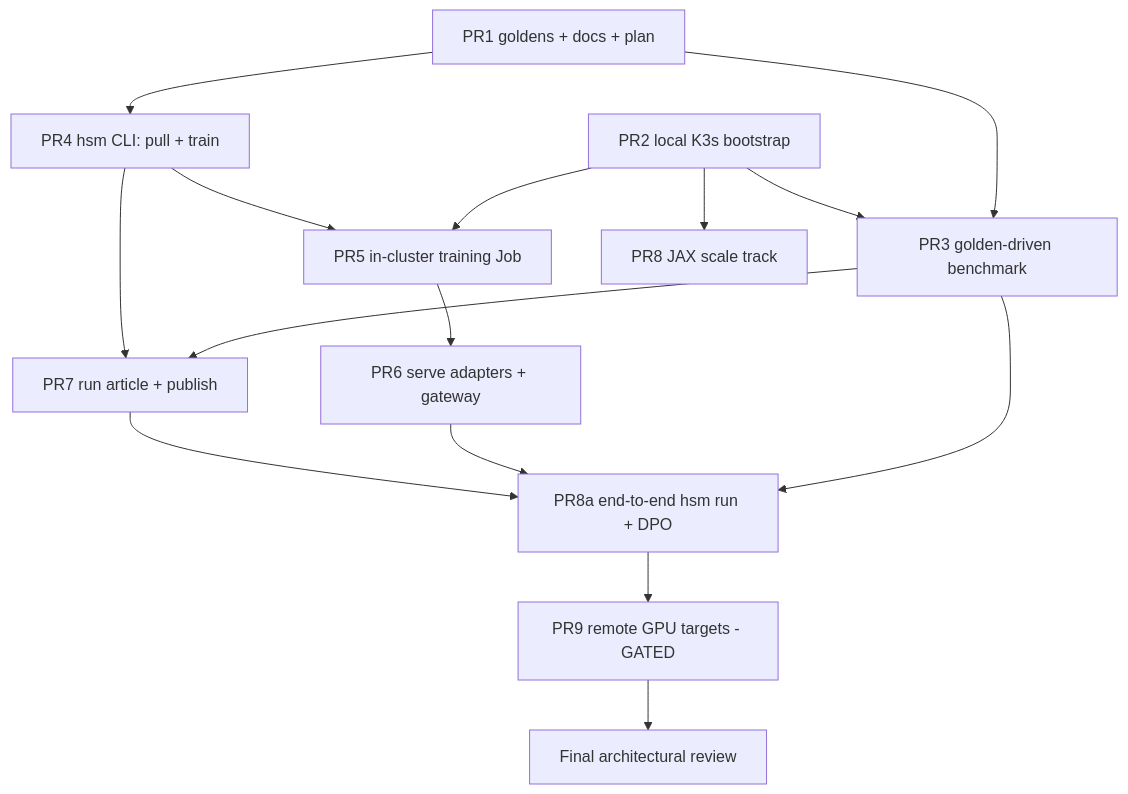
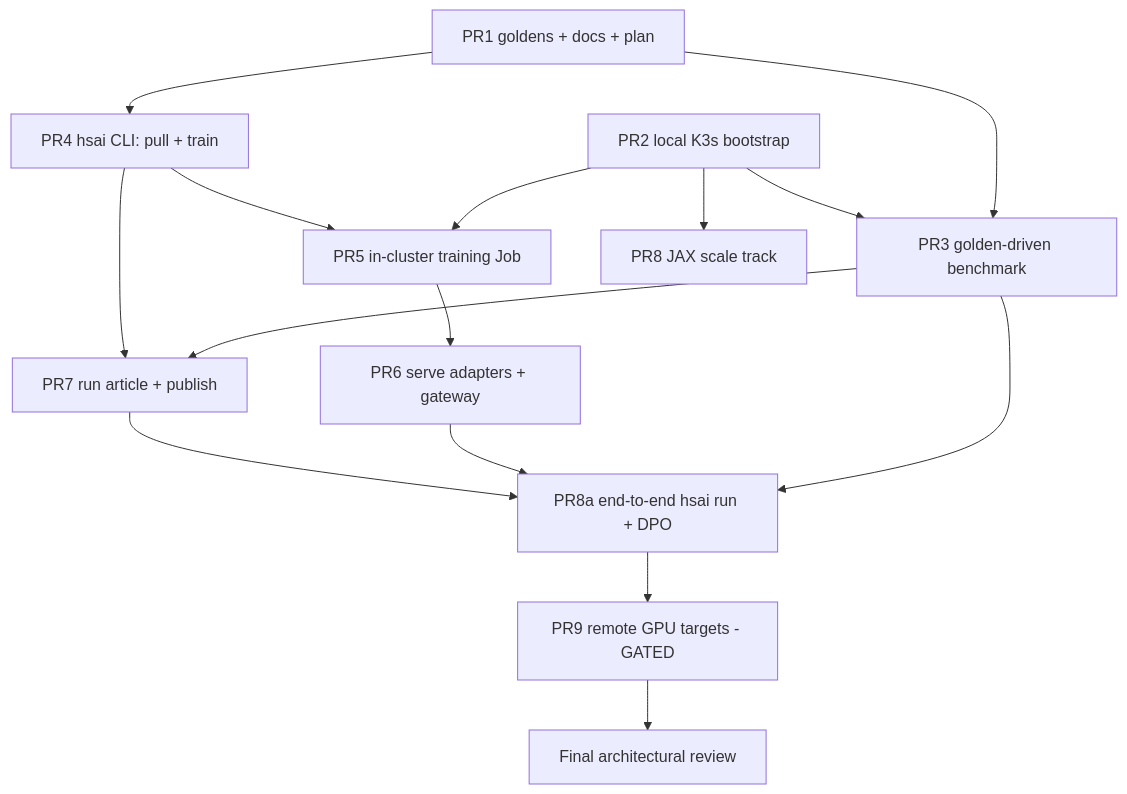
One commit to hyperscaleailabs/core changed the diagram in models/docs/PLAN.md. Above: the diagram before and after it, drawn with Mermaid. The commit also changed other lines of this file and 32 other files, not shown here.

````diff
--- a/models/docs/PLAN.md
+++ b/models/docs/PLAN.md
@@ -34,17 +33,17 @@
 ```mermaid
 graph TD
   PR1[PR1 goldens + docs + plan] --> PR3[PR3 golden-driven benchmark]
-  PR1 --> PR4[PR4 hsm CLI: pull + train]
+  PR1 --> PR4[PR4 hsai CLI: pull + train]
   PR2[PR2 local K3s bootstrap] --> PR3
   PR2 --> PR5[PR5 in-cluster training Job]
   PR4 --> PR5
   PR5 --> PR6[PR6 serve adapters + gateway]
   PR3 --> PR7[PR7 run article + publish]
   PR4 --> PR7
   PR2 --> PR8[PR8 JAX scale track]
-  PR3 --> PR8a[PR8a end-to-end hsm run + DPO]
+  PR3 --> PR8a[PR8a end-to-end hsai run + DPO]
   PR6 --> PR8a
   PR7 --> PR8a
   PR8a --> PR9[PR9 remote GPU targets - GATED]
   PR9 --> REV[Final architectural review]
 ```
````
